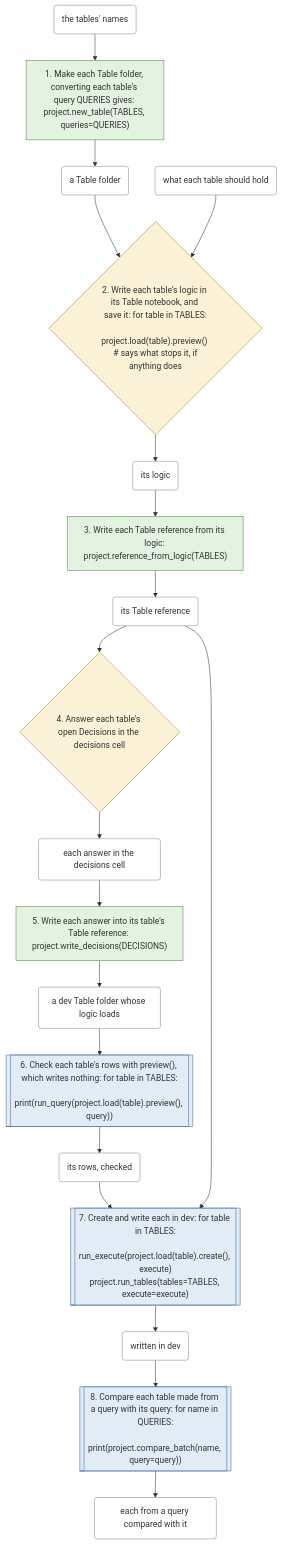
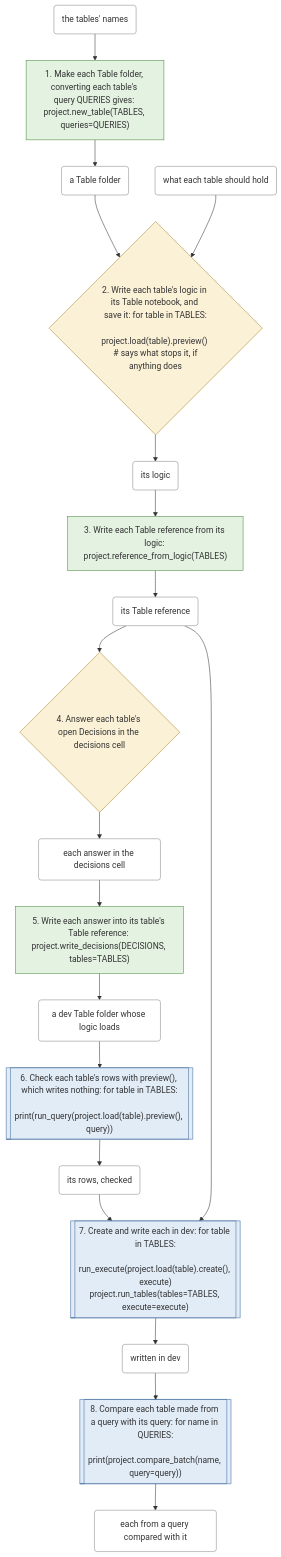
The third of 6 diagrams in docs/workflows.md (EdgyPage/SQL-Composer), drawn with Mermaid before and after one commit. The commit also changed other lines of this file and 28 other files, not shown here.

First line of the commit message:
feat(8.4): ticket 08, Decisions for every table

````diff
--- a/docs/workflows.md
+++ b/docs/workflows.md
@@ -146,48 +146,48 @@
 ```mermaid
 flowchart TD
     s0["1. Make each Table folder, converting each table's query QUERIES gives: project.new_table(TABLES, queries=QUERIES)"]:::files_only
     s1{"2. Write each table's logic in its Table notebook, and save it: for table in TABLES:
     project.load(table).preview()  #35; says what stops it, if anything does"}:::your_decision
     s2["3. Write each Table reference from its logic: project.reference_from_logic(TABLES)"]:::files_only
     s3{"4. Answer each table's open Decisions in the decisions cell"}:::your_decision
-    s4["5. Write each answer into its table's Table reference: project.write_decisions(DECISIONS)"]:::files_only
+    s4["5. Write each answer into its table's Table reference: project.write_decisions(DECISIONS, tables=TABLES)"]:::files_only
     s5[["6. Check each table's rows with preview(), which writes nothing: for table in TABLES:
     print(run_query(project.load(table).preview(), query))"]]:::warehouse_call
     s6[["7. Create and write each in dev: for table in TABLES:
     run_execute(project.load(table).create(), execute)
 project.run_tables(tables=TABLES, execute=execute)"]]:::warehouse_call
     s7[["8. Compare each table made from a query with its query: for name in QUERIES:
     print(project.compare_batch(name, query=query))"]]:::warehouse_call
     t0("the tables' names"):::thing
     t1("a Table folder"):::thing
     t2("what each table should hold"):::thing
     t3("its logic"):::thing
     t4("its Table reference"):::thing
     t5("each answer in the decisions cell"):::thing
     t6("a dev Table folder whose logic loads"):::thing
     t7("its rows, checked"):::thing
     t8("written in dev"):::thing
     t9("each from a query compared with it"):::thing
     t0 --> s0
     s0 --> t1
     t1 --> s1
     t2 --> s1
     s1 --> t3
     t3 --> s2
     s2 --> t4
     t4 --> s3
     s3 --> t5
     t5 --> s4
     s4 --> t6
     t6 --> s5
     s5 --> t7
     t7 --> s6
     t4 --> s6
     s6 --> t8
     t8 --> s7
     s7 --> t9
     classDef files_only fill:#e3f2e1,stroke:#4a8a3f
     classDef warehouse_call fill:#e1ecf7,stroke:#3f6a9a
     classDef your_decision fill:#fbf1d6,stroke:#a8842a
     classDef thing fill:#ffffff,stroke:#888888
 ```
````
